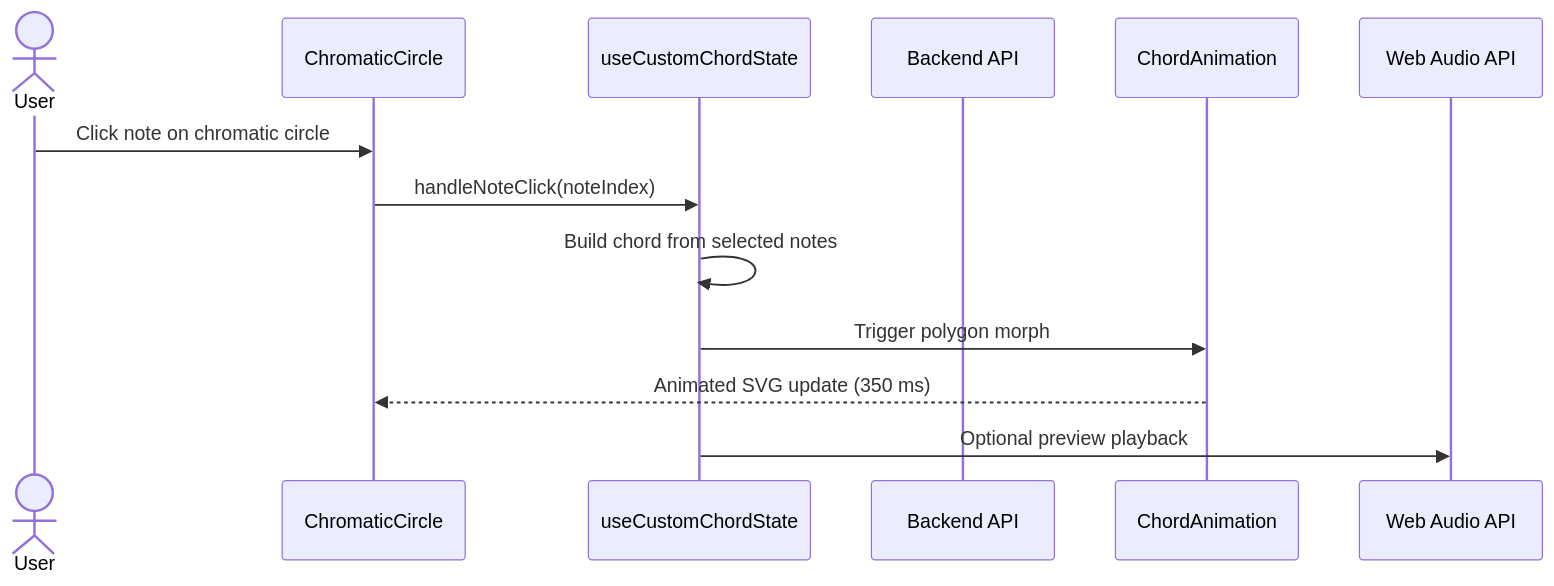
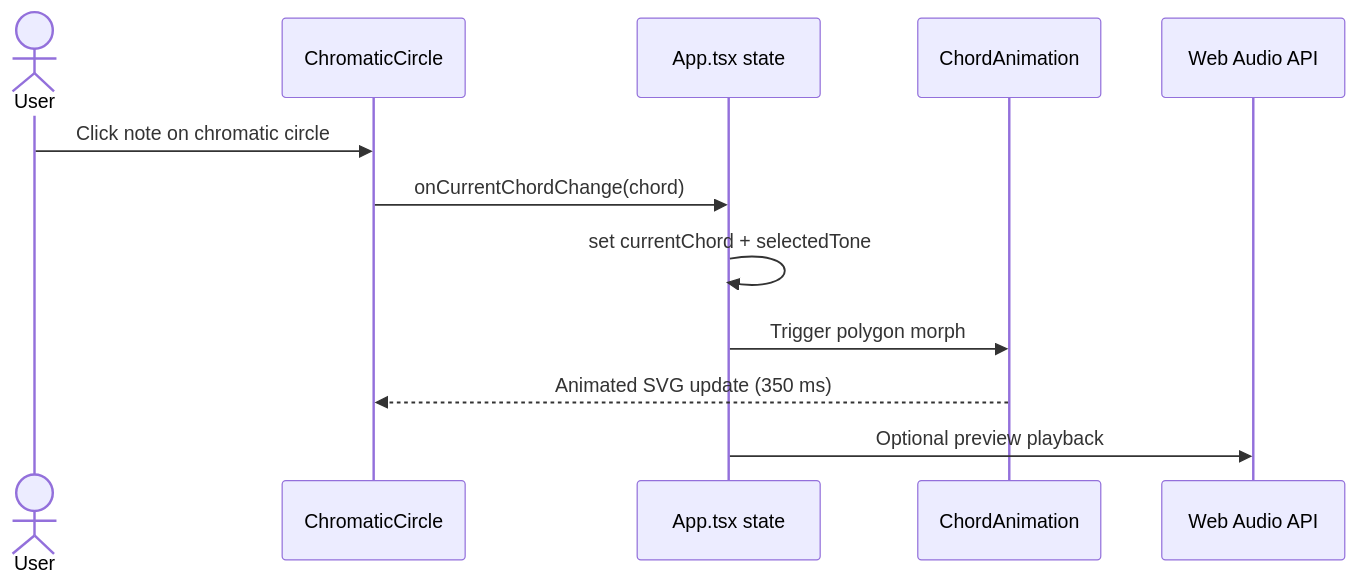
The first of 4 diagrams in docs/architecture/data-flow.md (JWWade/midi-progression-editor), drawn with Mermaid before and after one commit. The commit also changed other lines of this file and 6 other files, not shown here.

Commit message:
docs: refresh architecture docs for current UI and data flow

````diff
--- a/docs/architecture/data-flow.md
+++ b/docs/architecture/data-flow.md
@@ -7,16 +7,15 @@
 ```mermaid
 sequenceDiagram
     actor User
     participant Circle as ChromaticCircle
-    participant ChordHook as useCustomChordState
-    participant API as Backend API
+    participant App as App.tsx state
     participant Animation as ChordAnimation
     participant Audio as Web Audio API
 
     User->>Circle: Click note on chromatic circle
-    Circle->>ChordHook: handleNoteClick(noteIndex)
-    ChordHook->>ChordHook: Build chord from selected notes
-    ChordHook->>Animation: Trigger polygon morph
+    Circle->>App: onCurrentChordChange(chord)
+    App->>App: set currentChord + selectedTone
+    App->>Animation: Trigger polygon morph
     Animation-->>Circle: Animated SVG update (350 ms)
-    ChordHook->>Audio: Optional preview playback
+    App->>Audio: Optional preview playback
 ```
````
